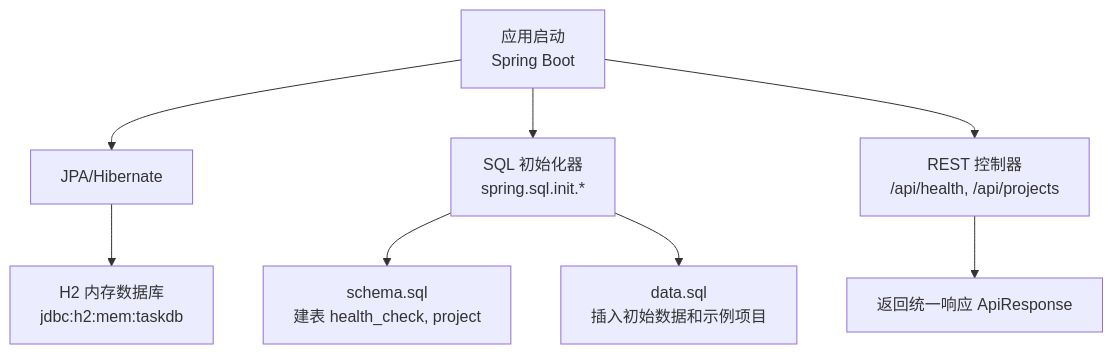
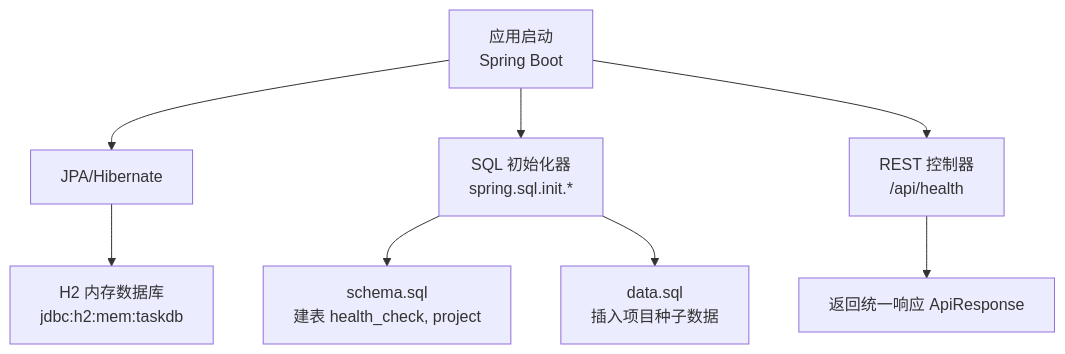
Before and after one commit to zhou9832/test1-qoder: the first of 4 diagrams in .qoder/repowiki/zh/content/数据库设计.md, drawn with Mermaid. The commit also changed other lines of this file and 59 other files, not shown here.

````diff
--- a/.qoder/repowiki/zh/content/数据库设计.md
+++ b/.qoder/repowiki/zh/content/数据库设计.md
@@ -45,10 +40,10 @@
 ```mermaid
 graph TB
 A["应用启动<br/>Spring Boot"] --> B["JPA/Hibernate"]
 B --> C["H2 内存数据库<br/>jdbc:h2:mem:taskdb"]
 A --> D["SQL 初始化器<br/>spring.sql.init.*"]
 D --> E["schema.sql<br/>建表 health_check, project"]
-D --> F["data.sql<br/>插入初始数据和示例项目"]
-A --> G["REST 控制器<br/>/api/health, /api/projects"]
+D --> F["data.sql<br/>插入项目种子数据"]
+A --> G["REST 控制器<br/>/api/health"]
 G --> H["返回统一响应 ApiResponse"]
 ```
````
